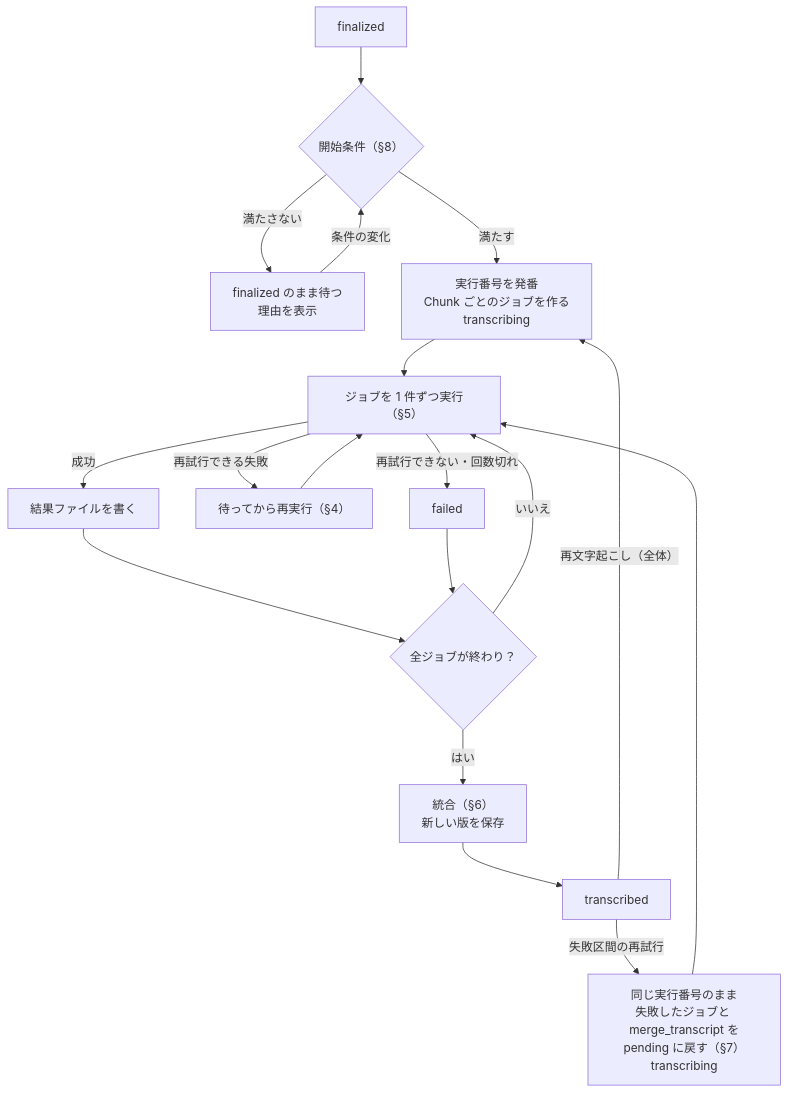
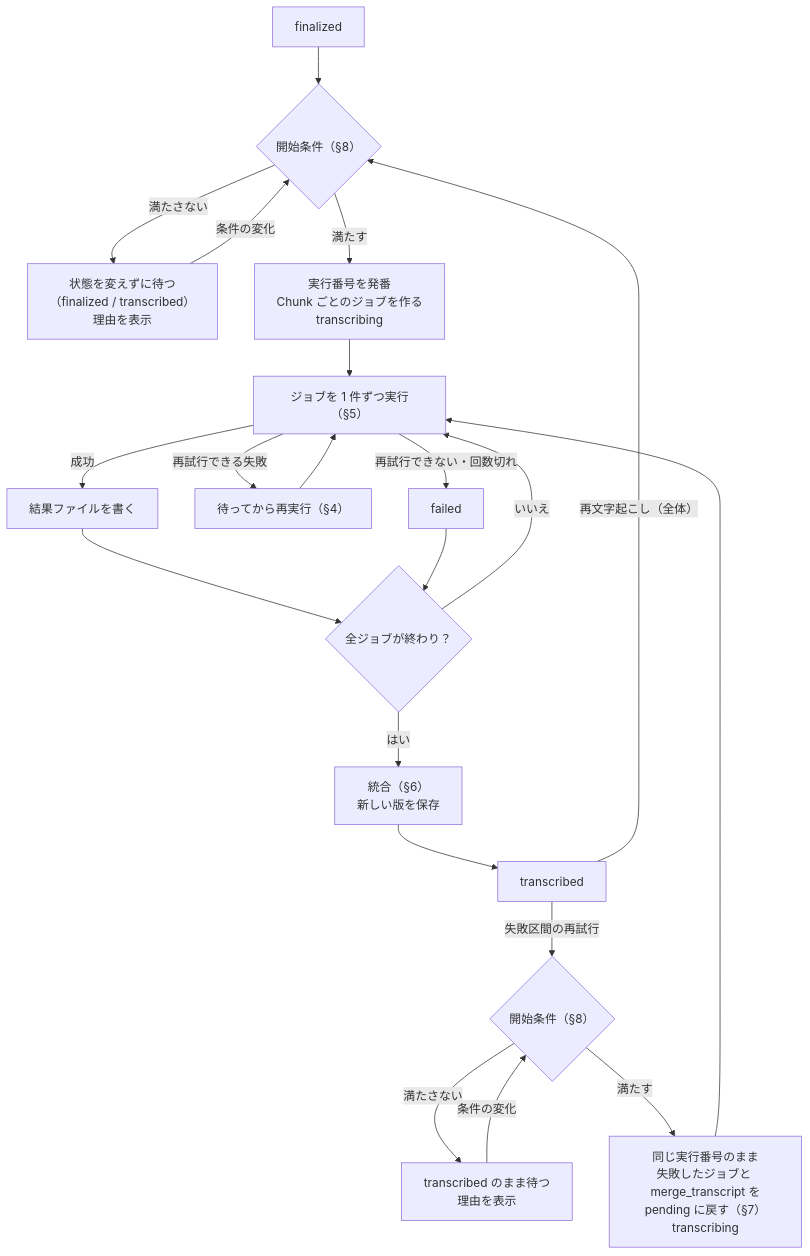
Before and after one commit to myoshi2891/Minutes-Mobile: the first of 2 diagrams in docs/02-basic-design/transcription.md, drawn with Mermaid. The commit also changed other lines of this file, not shown here.

Commit message:
docs(design): 文字起こし実行番号発番と起動時のジョブ不足分作成仕様を具体化

````diff
--- a/docs/02-basic-design/transcription.md
+++ b/docs/02-basic-design/transcription.md
@@ -37,20 +37,23 @@
 ```mermaid
 flowchart TB
     F["finalized"] --> C{"開始条件（§8）"}
-    C -->|"満たさない"| W["finalized のまま待つ<br/>理由を表示"]
+    C -->|"満たさない"| W["状態を変えずに待つ<br/>（finalized / transcribed）<br/>理由を表示"]
     W -->|"条件の変化"| C
     C -->|"満たす"| R["実行番号を発番<br/>Chunk ごとのジョブを作る<br/>transcribing"]
     R --> J["ジョブを 1 件ずつ実行（§5）"]
     J -->|"成功"| O["結果ファイルを書く"]
     J -->|"再試行できる失敗"| B["待ってから再実行（§4）"]
     B --> J
     J -->|"再試行できない・回数切れ"| X["failed"]
     O --> A{"全ジョブが終わり？"}
     X --> A
     A -->|"いいえ"| J
     A -->|"はい"| M["統合（§6）<br/>新しい版を保存"]
     M --> T["transcribed"]
-    T -->|"再文字起こし（全体）"| R
-    T -->|"失敗区間の再試行"| RT["同じ実行番号のまま<br/>失敗したジョブと merge_transcript を<br/>pending に戻す（§7）<br/>transcribing"]
+    T -->|"再文字起こし（全体）"| C
+    T -->|"失敗区間の再試行"| C2{"開始条件（§8）"}
+    C2 -->|"満たさない"| W2["transcribed のまま待つ<br/>理由を表示"]
+    W2 -->|"条件の変化"| C2
+    C2 -->|"満たす"| RT["同じ実行番号のまま<br/>失敗したジョブと merge_transcript を<br/>pending に戻す（§7）<br/>transcribing"]
     RT --> J
 ```
````
